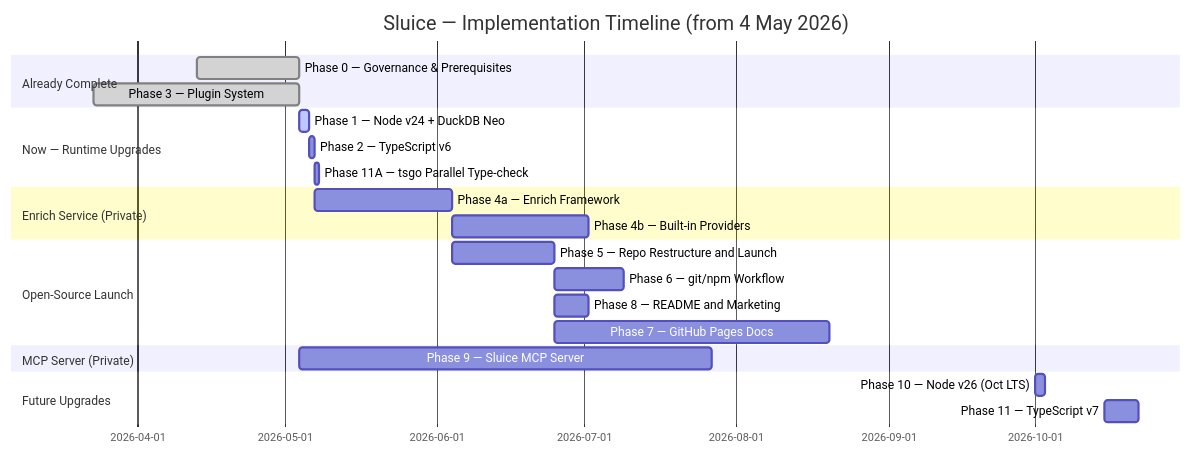
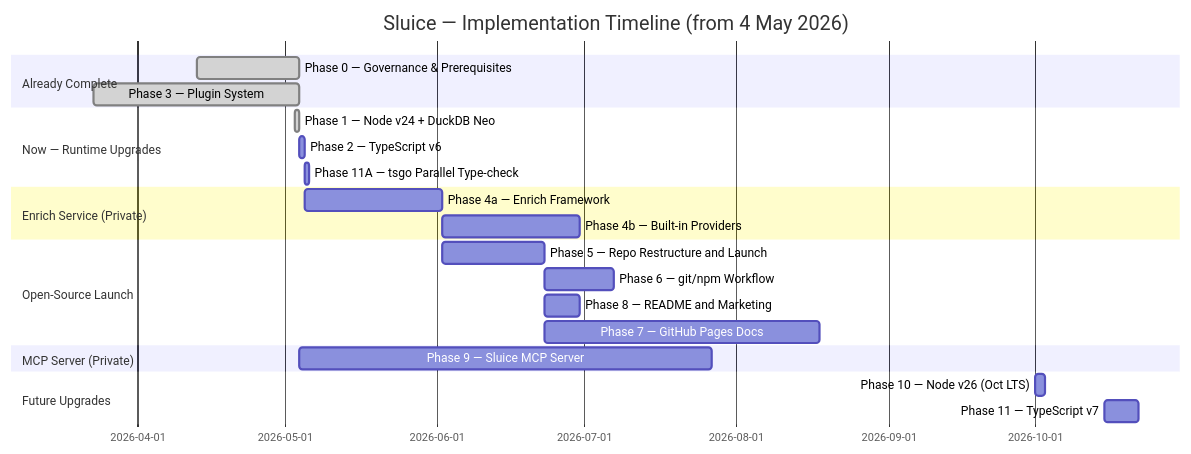
One commit to caracal-lynx/sluice changed the third of 8 diagrams in docs/SLUICE-IMPLEMENTATION-PLAN.md. Above: the diagram before and after it, drawn with Mermaid. The commit also changed other lines of this file, not shown here.

First line of the commit message:
[docs/post-node24-status] - 📝 Mark Phase 1 (Node 24 + DuckDB Neo) complete in implementation plan (#9)

````diff
--- a/docs/SLUICE-IMPLEMENTATION-PLAN.md
+++ b/docs/SLUICE-IMPLEMENTATION-PLAN.md
@@ -204,31 +204,31 @@
 ```mermaid
 gantt
     title Sluice — Implementation Timeline (from 4 May 2026)
     dateFormat YYYY-MM-DD
 
     section Already Complete
     Phase 0 — Governance & Prerequisites   :done, p0, 2026-04-13, 2026-05-04
     Phase 3 — Plugin System                :done, p3, 2026-03-23, 2026-05-04
 
     section Now — Runtime Upgrades
-    Phase 1 — Node v24 + DuckDB Neo        :active, p1, 2026-05-04, 2d
+    Phase 1 — Node v24 + DuckDB Neo        :done, p1, 2026-05-03, 1d
     Phase 2 — TypeScript v6                :p2, after p1, 1d
     Phase 11A — tsgo Parallel Type-check   :p11a, after p2, 1d
 
     section Enrich Service (Private)
     Phase 4a — Enrich Framework            :p4a, after p2, 28d
     Phase 4b — Built-in Providers          :p4b, after p4a, 28d
 
     section Open-Source Launch
     Phase 5 — Repo Restructure and Launch  :p5, after p4a, 21d
     Phase 6 — git/npm Workflow             :p6, after p5, 14d
     Phase 8 — README and Marketing         :p8, after p5, 7d
     Phase 7 — GitHub Pages Docs            :p7, after p5, 56d
 
     section MCP Server (Private)
     Phase 9 — Sluice MCP Server            :p9, 2026-05-04, 84d
 
     section Future Upgrades
     Phase 10 — Node v26 (Oct LTS)          :p10, 2026-10-01, 2d
     Phase 11 — TypeScript v7               :p11, 2026-10-15, 7d
 ```
````
